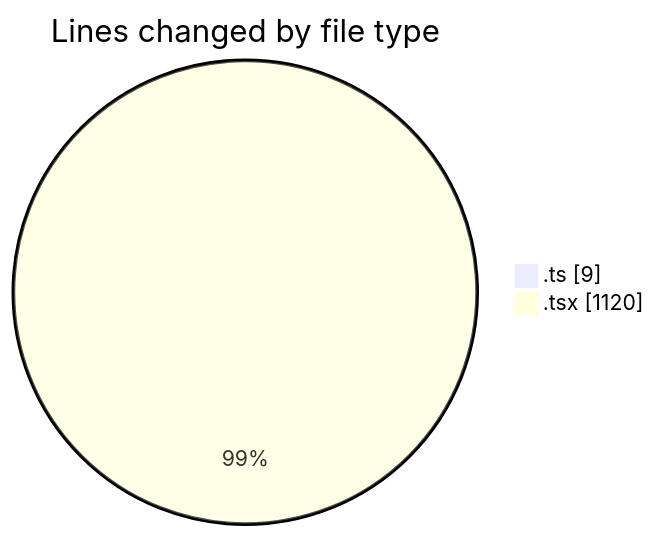
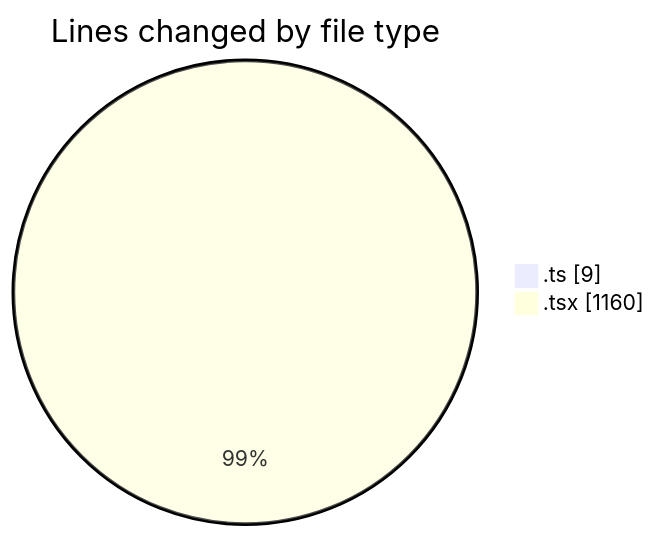
The first of 2 diagrams in 2025-07-01/cda/README.md (momahboobian/code-tracking), drawn with Mermaid before and after one commit. The commit also changed other lines of this file and 1 other file, not shown here.

````diff
--- a/2025-07-01/cda/README.md
+++ b/2025-07-01/cda/README.md
@@ -24,6 +24,6 @@
 ```mermaid
 pie showData
 title Lines changed by file type
 ".ts" : 9
-".tsx" : 1120
+".tsx" : 1160
 ```
````
